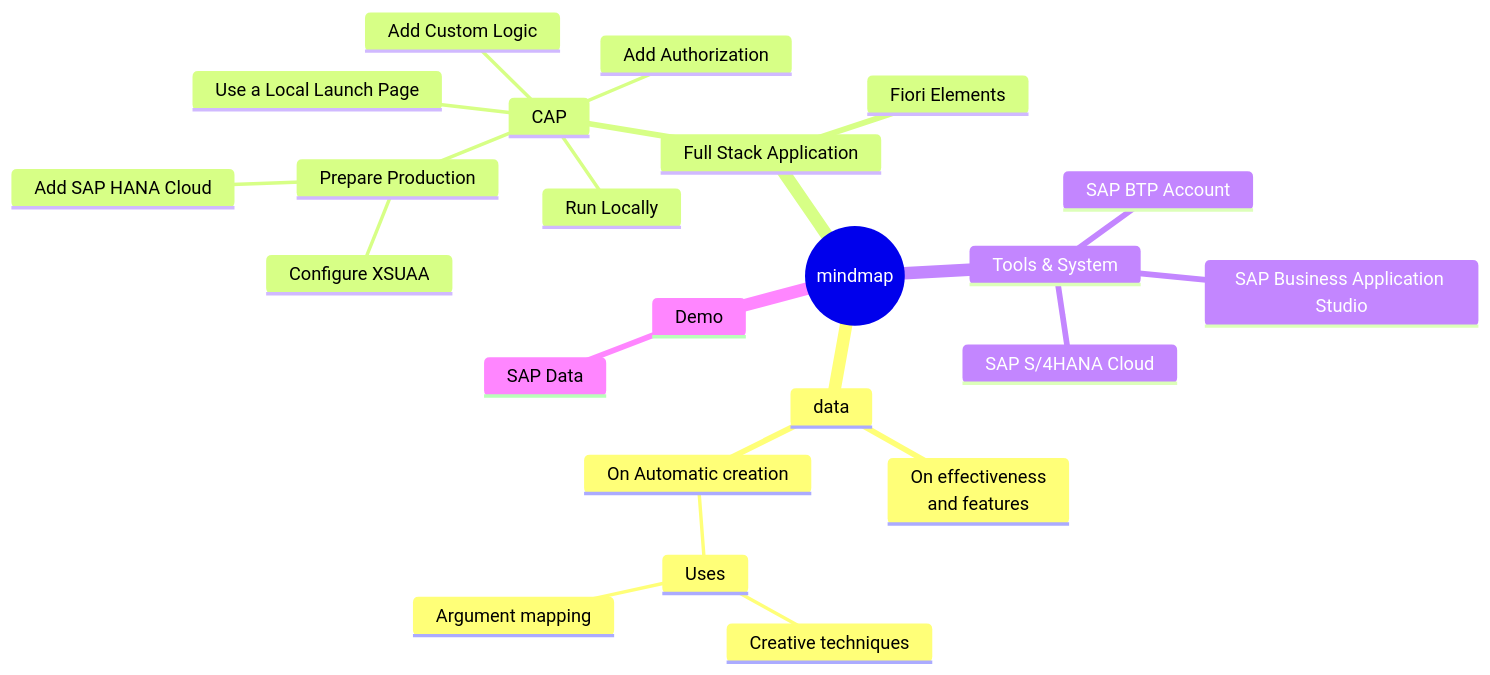
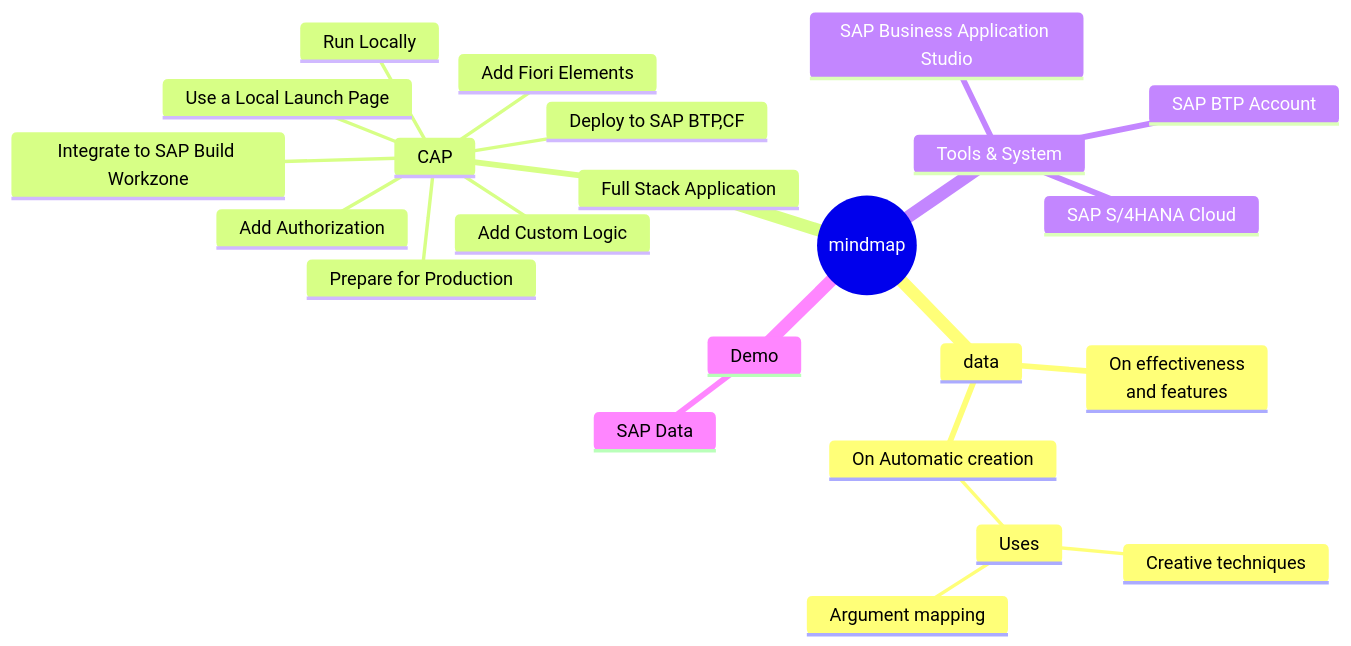
One commit to ejazsyed/validation-issue changed the first of 4 diagrams in README.md. Above: the diagram before and after it, drawn with Mermaid.

````diff
--- a/README.md
+++ b/README.md
@@ -7,28 +7,27 @@
 ```mermaid
    mindmap
   root((mindmap))
     data
       On effectiveness<br/>and features
       On Automatic creation
         Uses
             Creative techniques
             Argument mapping
     Full Stack Application
       CAP
         Add Custom Logic
+        Add Fiori Elements
         Use a Local Launch Page
         Add Authorization
         Run Locally
-        Prepare Production
-          Add SAP HANA Cloud
-          Configure XSUAA
-          
-      Fiori Elements
+        Prepare for Production
+        Deploy to SAP BTP,CF
+        Integrate to SAP Build Workzone
     Tools & System
       SAP BTP Account
       SAP Business Application Studio
       SAP S/4HANA Cloud
     Demo
       SAP Data
 
 ```
````
